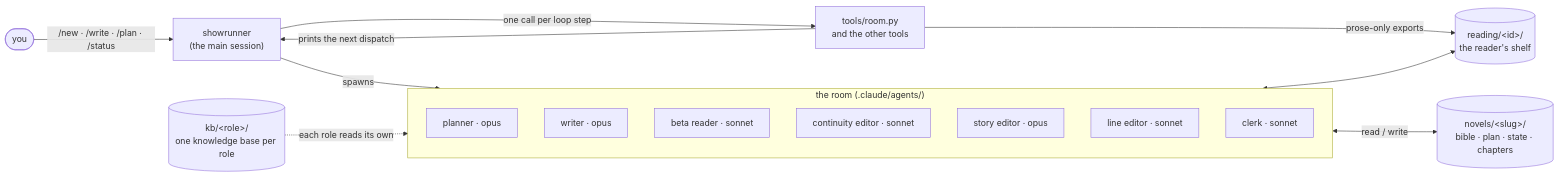
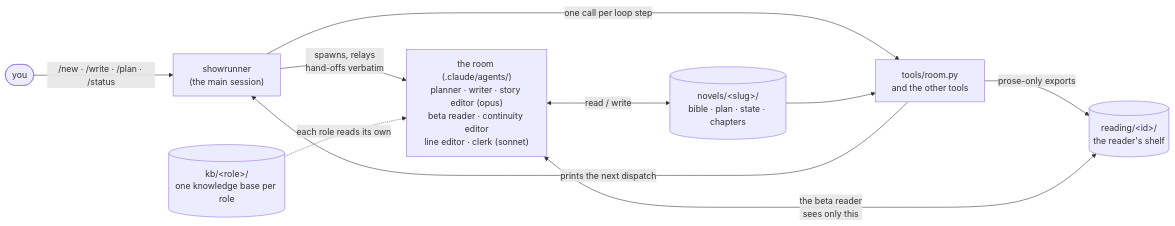
One commit to Adhin37/ai-top-writer changed the first of 6 diagrams in README.md. Above: the diagram before and after it, drawn with Mermaid. The commit also changed other lines of this file and 1 other file, not shown here.

Commit message:
docs: add graphs to README.md + how to Contribute in CONTRIBUTING.md

````diff
--- a/README.md
+++ b/README.md
@@ -19,23 +19,12 @@
 ```mermaid
 flowchart LR
     U(["you"]) -->|"/new · /write · /plan · /status"| S["showrunner<br/>(the main session)"]
     S -->|"one call per loop step"| T["tools/room.py<br/>and the other tools"]
     T -->|"prints the next dispatch"| S
-    S -->|spawns| R
-
-    subgraph R["the room (.claude/agents/)"]
-        direction TB
-        PL["planner · opus"]
-        WR["writer · opus"]
-        BR["beta reader · sonnet"]
-        CE["continuity editor · sonnet"]
-        SE["story editor · opus"]
-        LE["line editor · sonnet"]
-        CL["clerk · sonnet"]
-    end
-
+    S -->|"spawns, relays<br/>hand-offs verbatim"| R["the room (.claude/agents/)<br/>planner · writer · story editor (opus)<br/>beta reader · continuity editor<br/>line editor · clerk (sonnet)"]
+    KB[("kb/&lt;role&gt;/<br/>one knowledge base per role")] -.->|"each role reads its own"| R
     R <-->|"read / write"| N[("novels/&lt;slug&gt;/<br/>bible · plan · state · chapters")]
     T -->|"prose-only exports"| RD[("reading/&lt;id&gt;/<br/>the reader's shelf")]
-    BR <--> RD
-    KB[("kb/&lt;role&gt;/<br/>one knowledge base per role")] -.->|"each role reads its own"| R
+    N --> T
+    R <-->|"the beta reader<br/>sees only this"| RD
 ```
````
